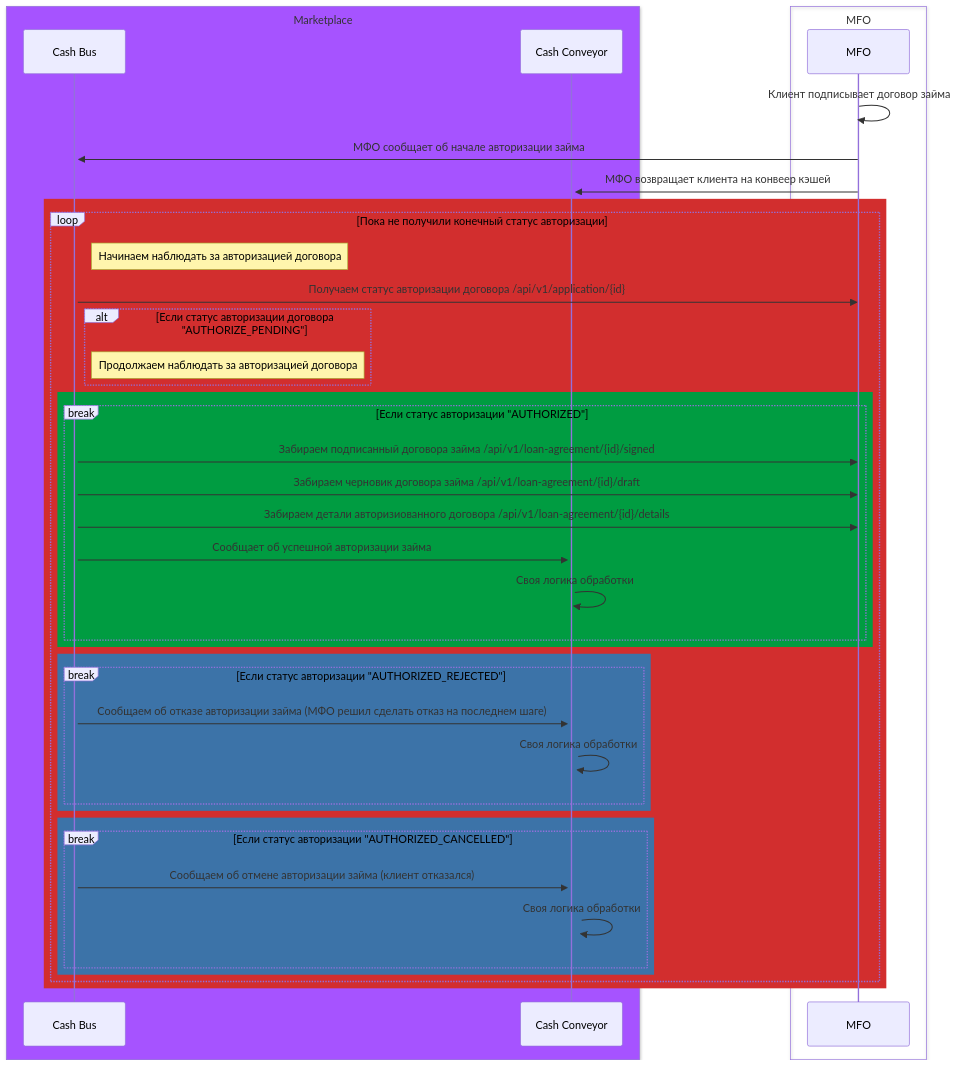
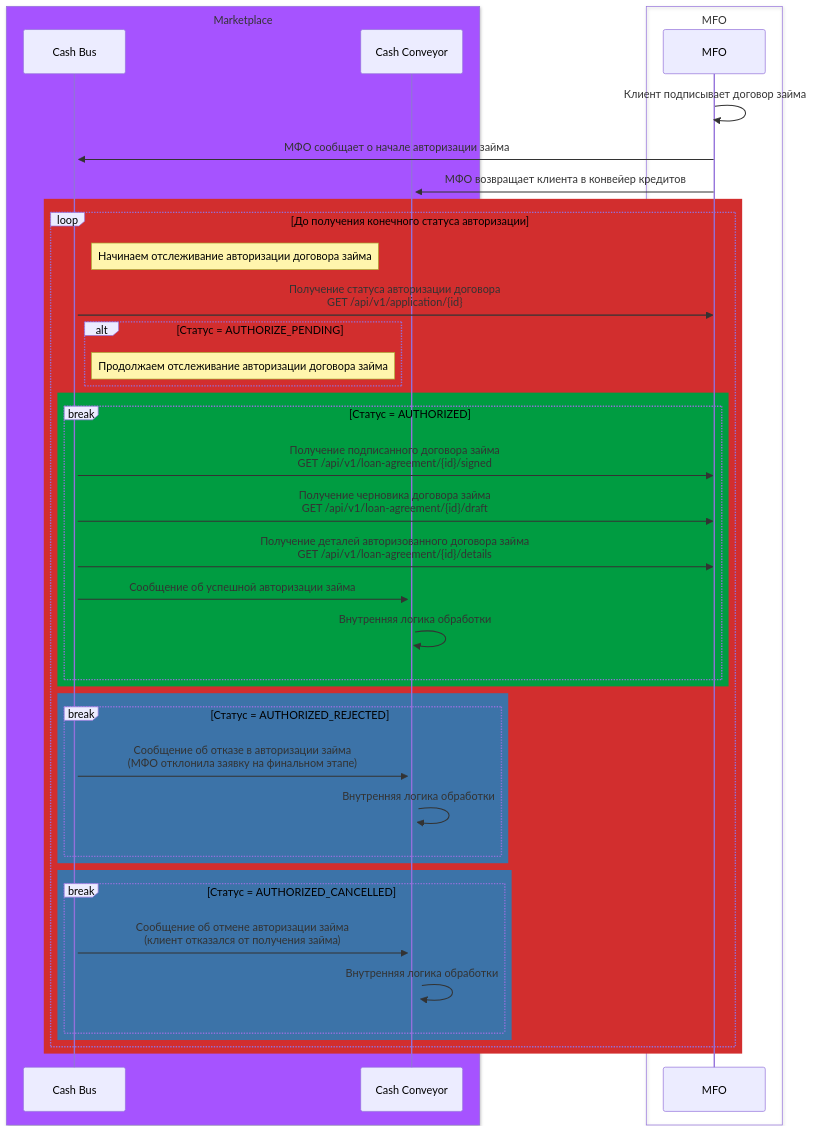
The third of 3 diagrams in mfo/mfo.md (VantaFinance/cash), drawn with Mermaid before and after one commit. The commit also changed other lines of this file and 1 other file, not shown here.

Commit message:
Update docs mfo

````diff
--- a/mfo/mfo.md
+++ b/mfo/mfo.md
@@ -100,57 +91,54 @@
 ```mermaid
 sequenceDiagram
 
-box rgb(166,83, 266) Marketplace
+box rgb(166,83,266) Marketplace
     participant Cash Bus
     participant Cash Conveyor
 end
 
 box MFO
     participant MFO
 end
 
 MFO ->> MFO : Клиент подписывает договор займа
-MFO ->>+ Cash Bus : МФО сообщает об начале авторизации займа
-MFO ->>+ Cash Conveyor : МФО возвращает клиента на конвеер кэшей
+MFO ->>+ Cash Bus : МФО сообщает о начале авторизации займа
+MFO ->>+ Cash Conveyor : МФО возвращает клиента в конвейер кредитов
 
+rect rgb(210,46,46)
+    loop До получения конечного статуса авторизации
+        Note right of Cash Bus: Начинаем отслеживание авторизации договора займа
 
-rect rgb(210, 46,46)
-    loop Пока не получили конечный статус авторизации
-        Note right of Cash Bus: Начинаем наблюдать за авторизацией договора
-        Cash Bus ->> MFO:  Получаем статус авторизации договора /api/v1/application/{id}
+        Cash Bus ->> MFO: Получение статуса авторизации договора<br/>GET /api/v1/application/{id}
 
-        alt Если статус авторизации договора "AUTHORIZE_PENDING"
-            Note right of Cash Bus: Продолжаем наблюдать за авторизацией договора
+        alt Статус = AUTHORIZE_PENDING
+            Note right of Cash Bus: Продолжаем отслеживание авторизации договора займа
         end
 
-        rect rgb(0, 156, 65)
-            break Если статус авторизации "AUTHORIZED"
-                Cash Bus->>MFO: Забираем подписанный договора займа /api/v1/loan-agreement/{id}/signed
-                Cash Bus->>MFO: Забираем черновик договора займа /api/v1/loan-agreement/{id}/draft
-                Cash Bus->>MFO: Забираем детали авторизиованного договора /api/v1/loan-agreement/{id}/details
-                
-                Cash Bus->>Cash Conveyor: Сообщает об успешной авторизации займа
-                Cash Conveyor->>+Cash Conveyor: Своя логика обработки
+        rect rgb(0,156,65)
+            break Статус = AUTHORIZED
+                Cash Bus->>MFO: Получение подписанного договора займа<br/>GET /api/v1/loan-agreement/{id}/signed
+                Cash Bus->>MFO: Получение черновика договора займа<br/>GET /api/v1/loan-agreement/{id}/draft
+                Cash Bus->>MFO: Получение деталей авторизованного договора займа<br/>GET /api/v1/loan-agreement/{id}/details
+
+                Cash Bus->>Cash Conveyor: Сообщение об успешной авторизации займа
+                Cash Conveyor->>+Cash Conveyor: Внутренняя логика обработки
             end
         end
 
-
-        rect rgb(60, 115, 168)
-            break Если статус авторизации "AUTHORIZED_REJECTED"
-                Cash Bus->>Cash Conveyor: Сообщаем об отказе авторизации займа (МФО решил сделать отказ на последнем шаге)
-                Cash Conveyor->>+Cash Conveyor: Своя логика обработки
+        rect rgb(60,115,168)
+            break Статус = AUTHORIZED_REJECTED
+                Cash Bus->>Cash Conveyor: Сообщение об отказе в авторизации займа<br/>(МФО отклонила заявку на финальном этапе)
+                Cash Conveyor->>+Cash Conveyor: Внутренняя логика обработки
             end
         end
 
-
-
-        rect rgb(60, 115, 168)
-            break Если статус авторизации "AUTHORIZED_CANCELLED"
-                Cash Bus->>Cash Conveyor: Сообщаем об отмене авторизации займа (клиент отказался)
-                Cash Conveyor->>+Cash Conveyor: Своя логика обработки
+        rect rgb(60,115,168)
+            break Статус = AUTHORIZED_CANCELLED
+                Cash Bus->>Cash Conveyor: Сообщение об отмене авторизации займа<br/>(клиент отказался от получения займа)
+                Cash Conveyor->>+Cash Conveyor: Внутренняя логика обработки
             end
         end
-        
+
     end
 end
 ```
````
